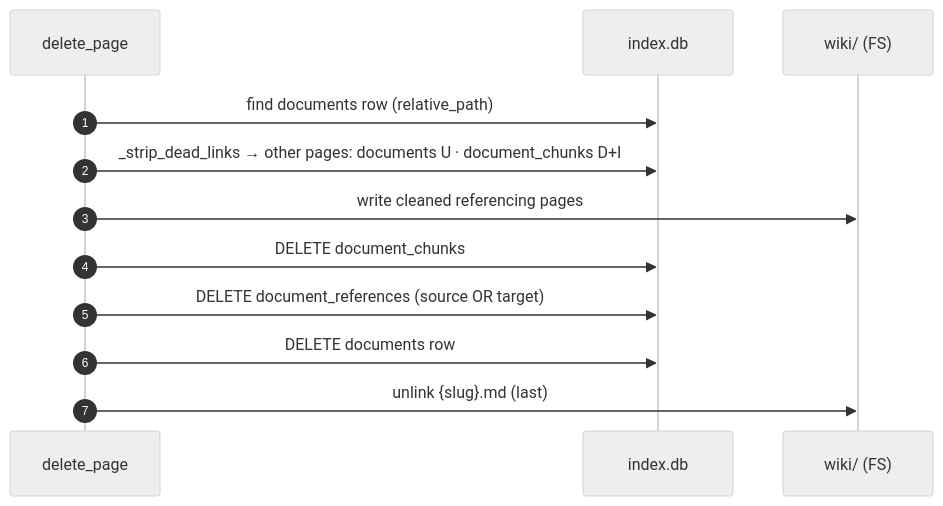
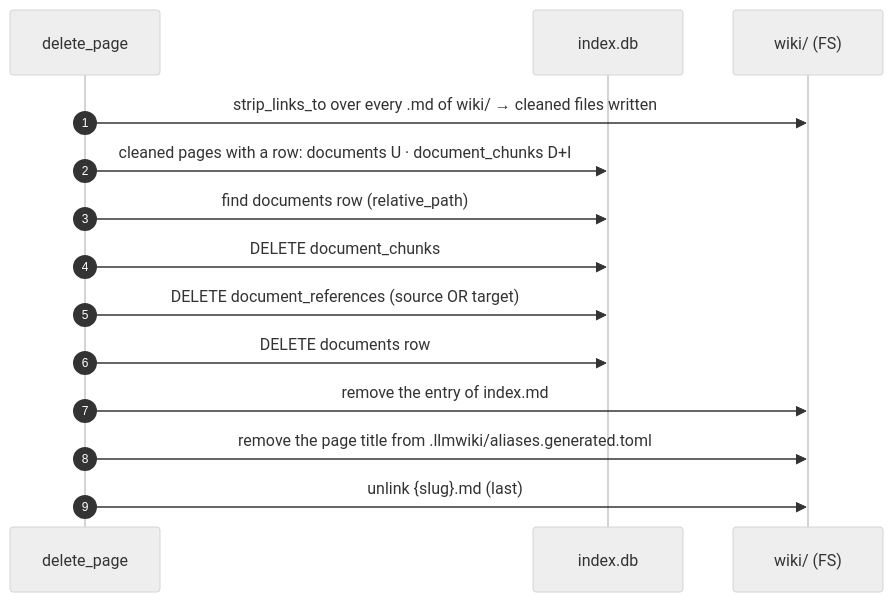
Before and after one commit to Clod/llmwiki-marimo: the diagram in docs/manual/workflows/6.10-page-deletion.md, drawn with Mermaid (neutral theme). The commit also changed other lines of this file and 34 other files, not shown here.

````diff
--- a/docs/manual/workflows/6.10-page-deletion.md
+++ b/docs/manual/workflows/6.10-page-deletion.md
@@ -7,14 +7,16 @@
 ```mermaid
 sequenceDiagram
     autonumber
     participant D as delete_page
     participant DB as index.db
     participant FS as wiki/ (FS)
+    D->>FS: strip_links_to over every .md of wiki/ → cleaned files written
+    D->>DB: cleaned pages with a row: documents U · document_chunks D+I
     D->>DB: find documents row (relative_path)
-    D->>DB: _strip_dead_links → other pages: documents U · document_chunks D+I
-    D->>FS: write cleaned referencing pages
     D->>DB: DELETE document_chunks
     D->>DB: DELETE document_references (source OR target)
     D->>DB: DELETE documents row
+    D->>FS: remove the entry of index.md
+    D->>FS: remove the page title from .llmwiki/aliases.generated.toml
     D->>FS: unlink {slug}.md (last)
 ```
````
